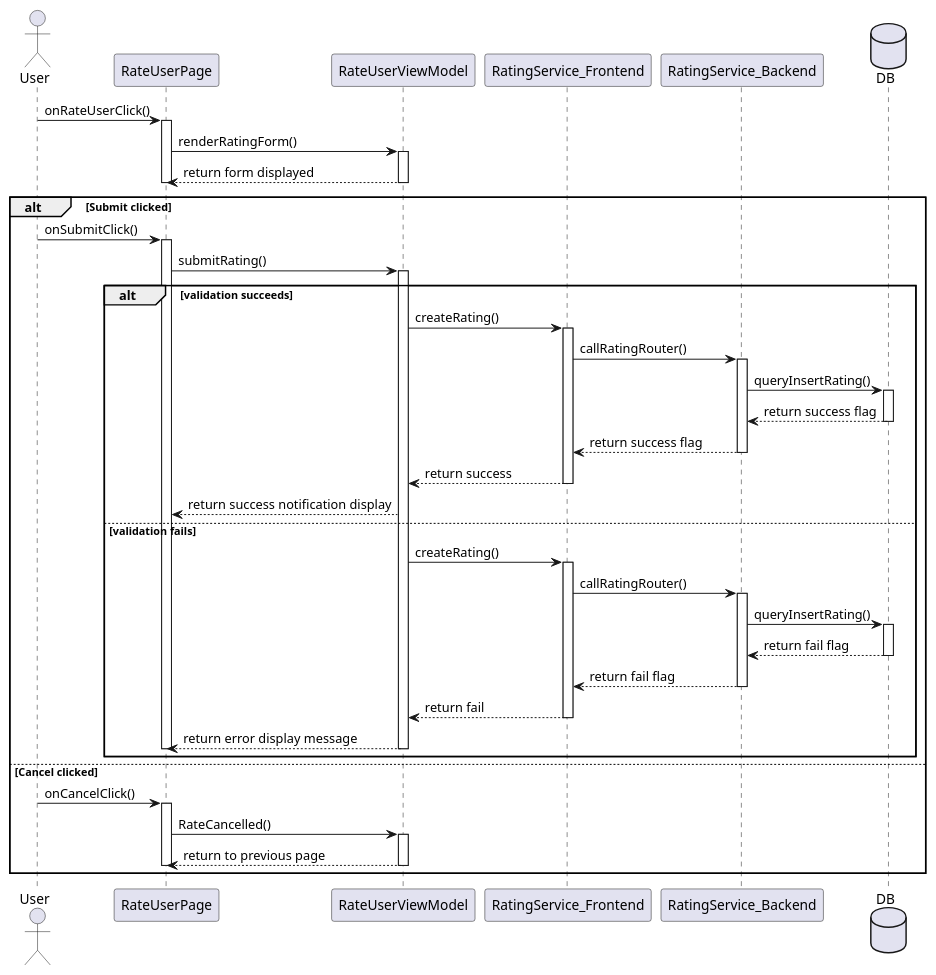
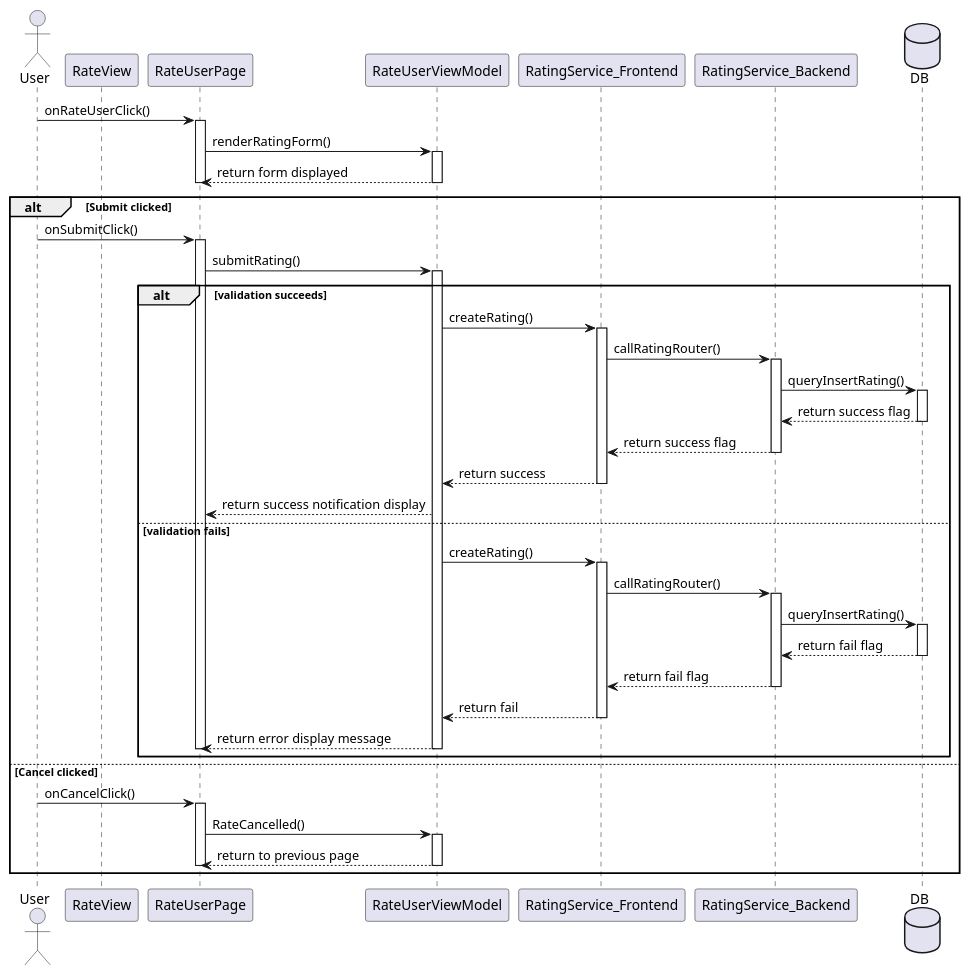
One commit to YannisRavasopoulos/ProjectSD_S6 changed the diagram in reports/sequence/rate-user.plantuml. Above: the diagram before and after it, drawn with PlantUML. The commit also changed 2 other files, not shown here.

```diff
--- a/reports/sequence/rate-user.plantuml
+++ b/reports/sequence/rate-user.plantuml
@@ -1,90 +1,94 @@
 @startuml
+
 actor User
+
+participant RateView
+
 
 ' Layers in horizontal order:
 participant RateUserPage
 participant RateUserViewModel
 participant RatingService_Frontend
 participant RatingService_Backend
 database DB
 
 
 
 User -> RateUserPage            : onRateUserClick()
 activate RateUserPage
 RateUserPage -> RateUserViewModel    : renderRatingForm()
 activate RateUserViewModel
 RateUserViewModel --> RateUserPage           : return form displayed
 deactivate RateUserViewModel
 deactivate RateUserPage
 
 
-    
+
     alt Submit clicked
         User -> RateUserPage    : onSubmitClick()
         activate RateUserPage
         RateUserPage -> RateUserViewModel : submitRating()
-        
+
 
         activate RateUserViewModel
-     
-       
+
+
         alt validation succeeds
             RateUserViewModel -> RatingService_Frontend : createRating()
-           
+
 
             activate RatingService_Frontend
             RatingService_Frontend -> RatingService_Backend : callRatingRouter()
-            
+
 
             activate RatingService_Backend
             RatingService_Backend -> DB : queryInsertRating()
             activate DB
             DB --> RatingService_Backend : return success flag
             deactivate DB
             RatingService_Backend --> RatingService_Frontend : return success flag
             deactivate RatingService_Backend
 
-            
+
             RatingService_Frontend --> RateUserViewModel : return success
             deactivate RatingService_Frontend
 
-            
+
             RateUserViewModel --> RateUserPage : return success notification display
-            
+
 
             else validation fails
             RateUserViewModel -> RatingService_Frontend : createRating()
-           
+
 
             activate RatingService_Frontend
             RatingService_Frontend -> RatingService_Backend : callRatingRouter()
-           
+
 
             activate RatingService_Backend
             RatingService_Backend -> DB : queryInsertRating()
             activate DB
             DB --> RatingService_Backend : return fail flag
             deactivate DB
             RatingService_Backend --> RatingService_Frontend : return fail flag
             deactivate RatingService_Backend
 
-            
+
             RatingService_Frontend --> RateUserViewModel : return fail
             deactivate RatingService_Frontend
- 
+
 
             RateUserViewModel --> RateUserPage : return error display message
             deactivate RateUserViewModel
             deactivate RateUserPage
         end
       else Cancel clicked
         User -> RateUserPage    : onCancelClick()
         activate RateUserPage
         RateUserPage -> RateUserViewModel  : RateCancelled()
         activate RateUserViewModel
         RateUserViewModel --> RateUserPage   : return to previous page
         deactivate RateUserViewModel
         deactivate RateUserPage
     end
 @enduml
```
